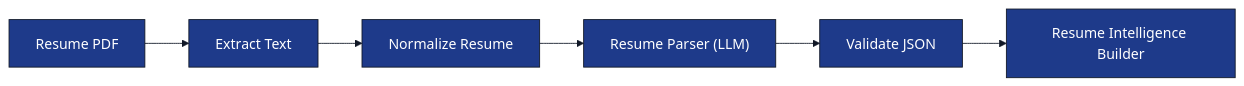
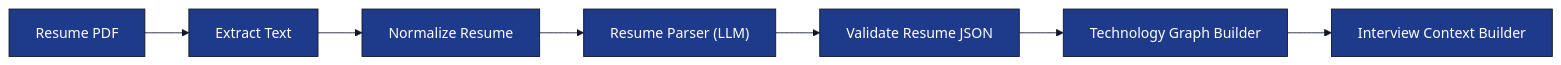
One commit to Veeru123456778/ai-interview-service changed the first of 2 diagrams in docs/tech-spec/05_resume_pipeline.md. Above: the diagram before and after it, drawn with Mermaid. The commit also changed other lines of this file, not shown here.

Commit message:
fixes the resume pipeline of the agent

````diff
--- a/docs/tech-spec/05_resume_pipeline.md
+++ b/docs/tech-spec/05_resume_pipeline.md
@@ -40,37 +42,40 @@
 ```mermaid
 %%{init:{
   "theme":"base",
   "themeVariables":{
     "background":"#FFFFFF",
     "primaryColor":"#1E3A8A",
     "primaryTextColor":"#FFFFFF",
     "primaryBorderColor":"#111827",
     "secondaryColor":"#2563EB",
     "secondaryTextColor":"#FFFFFF",
     "tertiaryColor":"#DBEAFE",
     "lineColor":"#111827",
     "edgeLabelBackground":"#FFFFFF",
     "fontFamily":"Inter"
   }
 }}%%
 
 flowchart LR
 
     PDF["Resume PDF"]
 
     EXTRACT["Extract Text"]
 
     NORMALIZE["Normalize Resume"]
 
     PARSER["Resume Parser (LLM)"]
 
-    VALIDATE["Validate JSON"]
+    VALIDATE["Validate Resume JSON"]
 
-    INTELLIGENCE["Resume Intelligence Builder"]
+    GRAPH["Technology Graph Builder"]
+
+    CONTEXT["Interview Context Builder"]
 
     PDF --> EXTRACT
     EXTRACT --> NORMALIZE
     NORMALIZE --> PARSER
     PARSER --> VALIDATE
-    VALIDATE --> INTELLIGENCE
+    VALIDATE --> GRAPH
+    GRAPH --> CONTEXT
 ```
````
